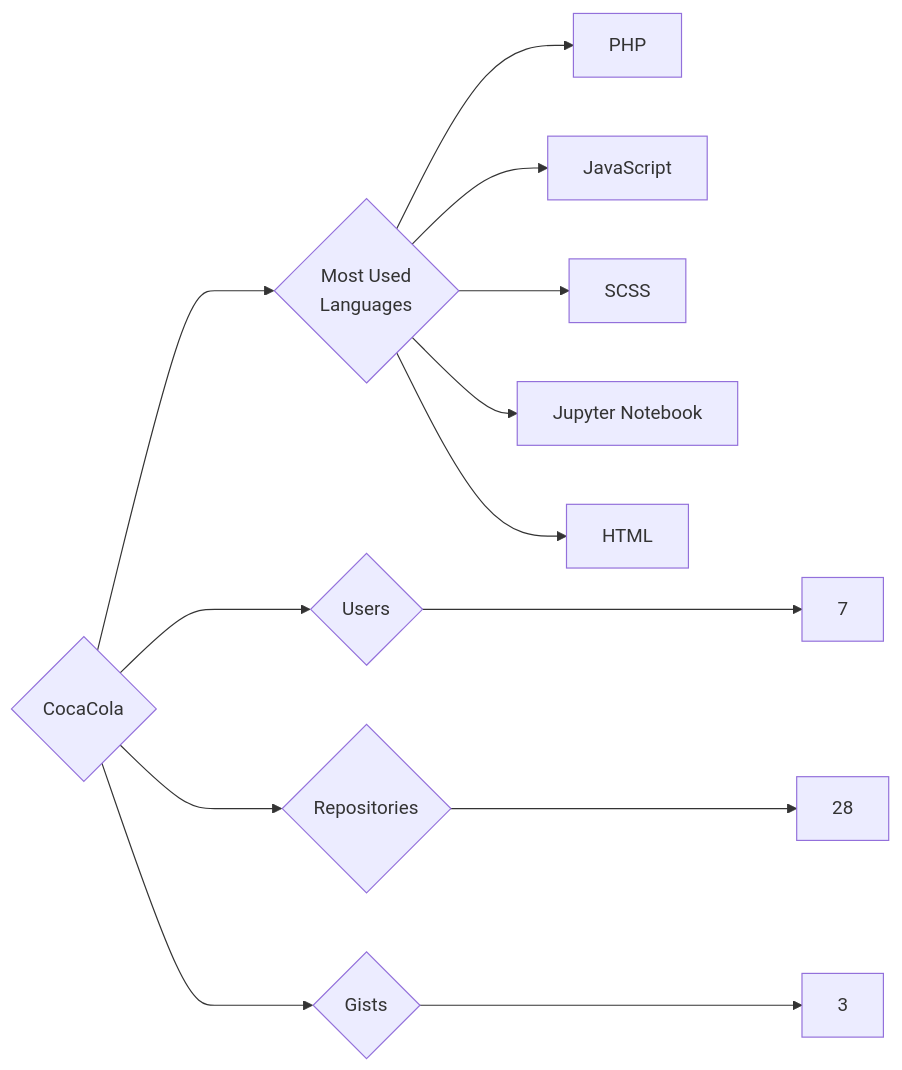
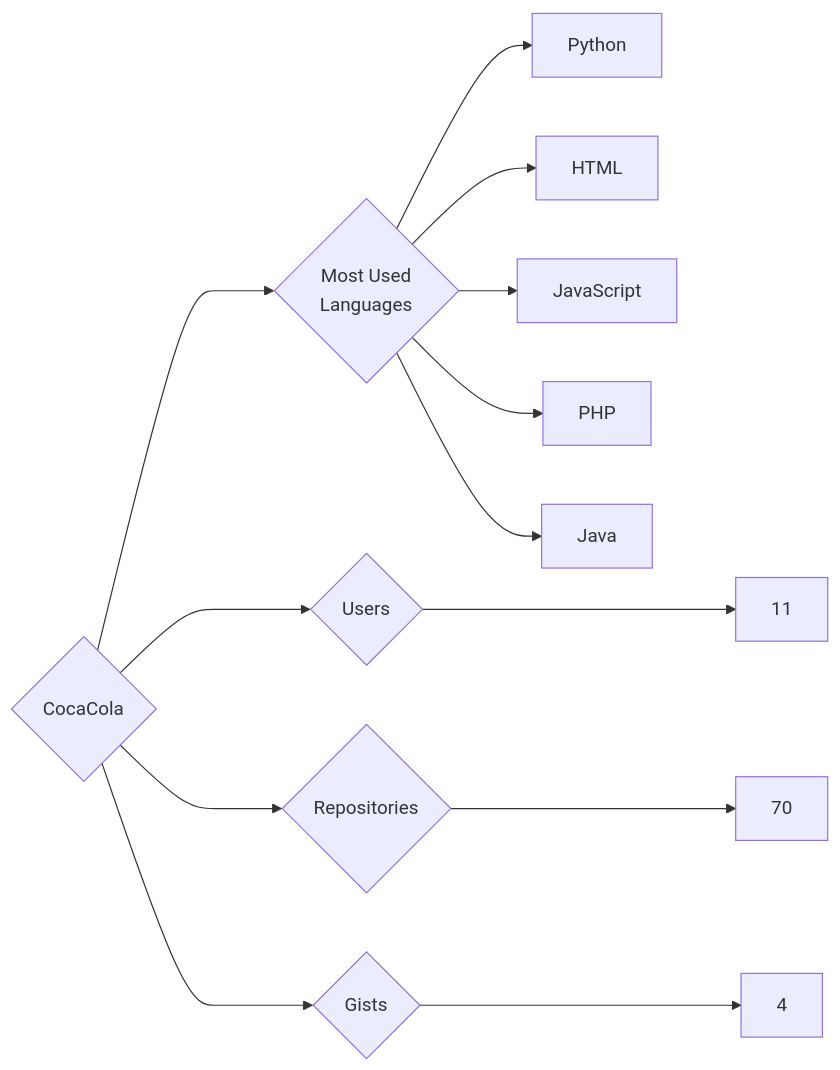
One commit to trickest/insiders changed the diagram in targets/CocaCola/README.md. Above: the diagram before and after it, drawn with Mermaid. The commit also changed 1055 other files, not shown here.

````diff
--- a/targets/CocaCola/README.md
+++ b/targets/CocaCola/README.md
@@ -3,13 +3,13 @@
 ```mermaid
 graph LR
 COMPANY_NAME{CocaCola}
-COMPANY_NAME ---> U{Users} ---> UN[7]
-COMPANY_NAME ---> R{Repositories} ---> RN[28]
-COMPANY_NAME ---> G{Gists} ---> GN[3]
+COMPANY_NAME ---> U{Users} ---> UN[11]
+COMPANY_NAME ---> R{Repositories} ---> RN[70]
+COMPANY_NAME ---> G{Gists} ---> GN[4]
 COMPANY_NAME ---> ML{Most Used<br>Languages}
+ML --> Python[Python]
+ML --> HTML[HTML]
+ML --> JavaScript[JavaScript]
 ML --> PHP[PHP]
-ML --> JavaScript[JavaScript]
-ML --> SCSS[SCSS]
-ML --> Jupyter_Notebook[Jupyter Notebook]
-ML --> HTML[HTML]
+ML --> Java[Java]
 ```
````
